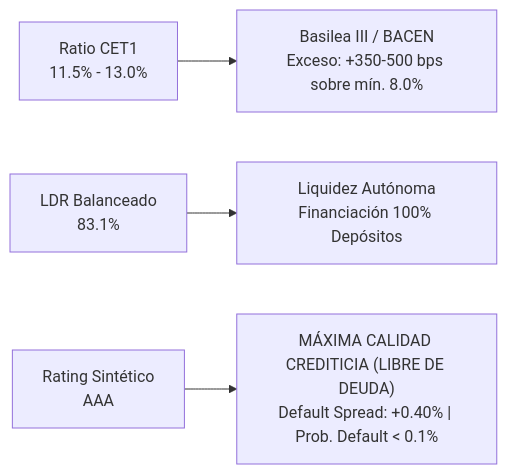
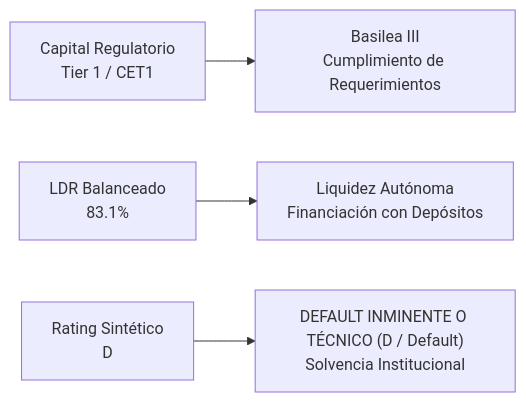
The diagram in data/processed/NU/Analisis_Resultados_Q2_2026_NU.md (PabloS107/analisis-fundamental-acciones), drawn with Mermaid before and after one commit. The commit also changed other lines of this file and 297 other files, not shown here.

````diff
--- a/data/processed/NU/Analisis_Resultados_Q2_2026_NU.md
+++ b/data/processed/NU/Analisis_Resultados_Q2_2026_NU.md
@@ -640,6 +594,6 @@
 ```mermaid
 graph LR
-    C["Ratio CET1<br>11.5% - 13.0%"] --> C1["Basilea III / BACEN<br>Exceso: +350-500 bps sobre mín. 8.0%"]
-    L["LDR Balanceado<br>83.1%"] --> L1["Liquidez Autónoma<br>Financiación 100% Depósitos"]
-    R["Rating Sintético<br>AAA"] --> R1["MÁXIMA CALIDAD CREDITICIA (LIBRE DE DEUDA)<br>Default Spread: +0.40% | Prob. Default < 0.1%"]
+    C["Capital Regulatorio<br>Tier 1 / CET1"] --> C1["Basilea III<br>Cumplimiento de Requerimientos"]
+    L["LDR Balanceado<br>83.1%"] --> L1["Liquidez Autónoma<br>Financiación con Depósitos"]
+    R["Rating Sintético<br>D"] --> R1["DEFAULT INMINENTE O TÉCNICO (D / Default)<br>Solvencia Institucional"]
 ```
````
